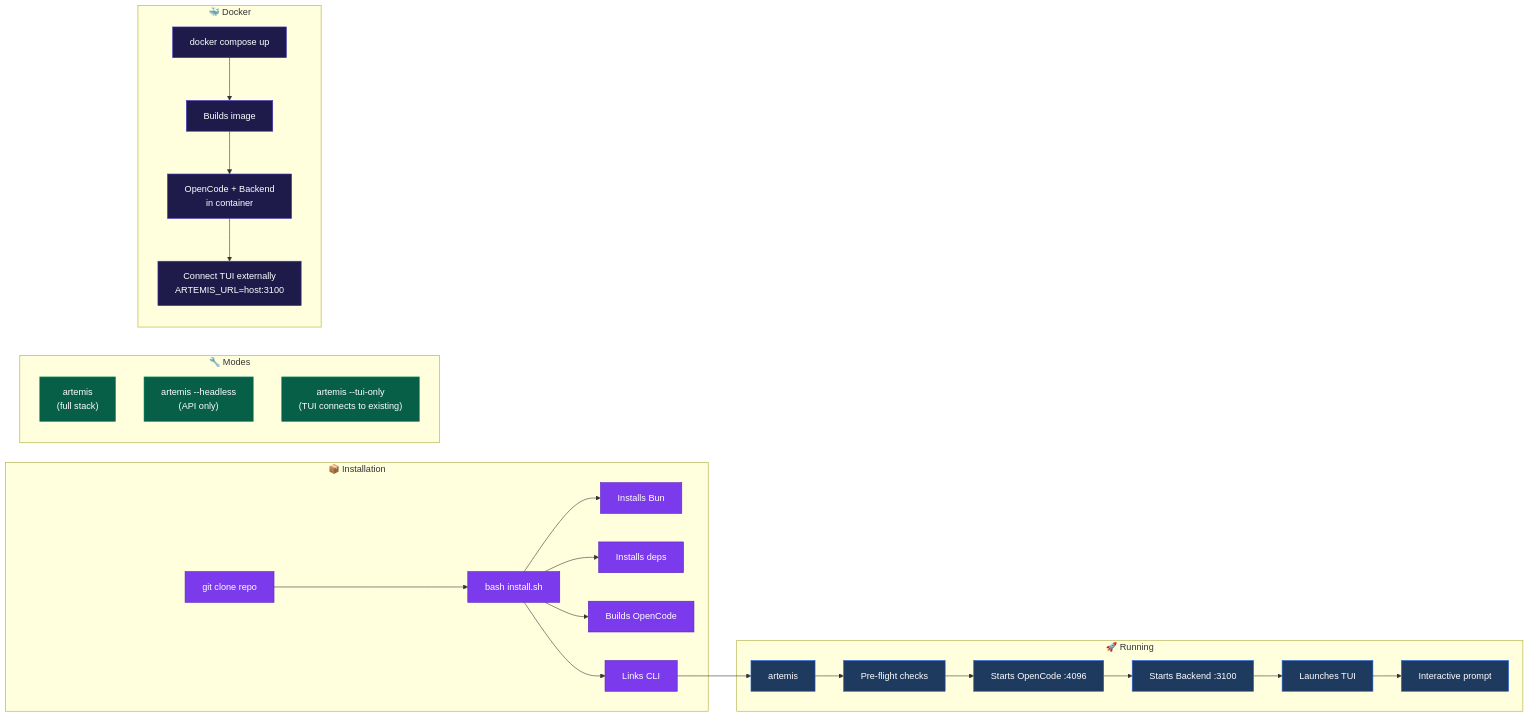
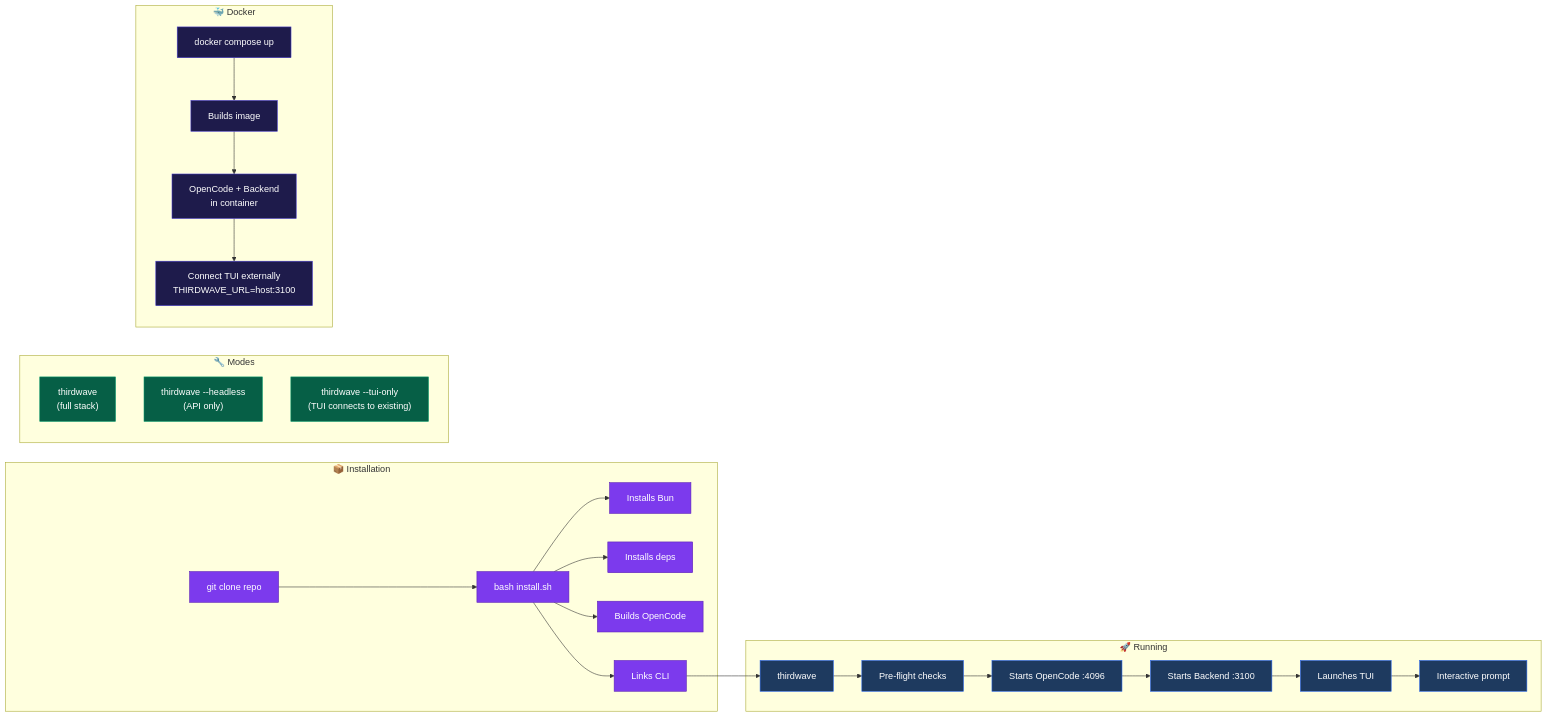
One commit to TW-10561/AI-Coding-Agent changed the diagram in platform/docs/diagrams/03-deployment-workflow.md. Above: the diagram before and after it, drawn with Mermaid. The commit also changed other lines of this file and 177 other files, not shown here.

````diff
--- a/platform/docs/diagrams/03-deployment-workflow.md
+++ b/platform/docs/diagrams/03-deployment-workflow.md
@@ -4,42 +4,42 @@
 ```mermaid
 graph LR
     subgraph Install["📦 Installation"]
         A["git clone repo"] --> B["bash install.sh"]
         B --> C["Installs Bun"]
         B --> D["Installs deps"]
         B --> E["Builds OpenCode"]
         B --> F["Links CLI"]
     end
 
     subgraph Run["🚀 Running"]
-        G["artemis"] --> H["Pre-flight checks"]
+        G["thirdwave"] --> H["Pre-flight checks"]
         H --> I["Starts OpenCode :4096"]
         I --> J["Starts Backend :3100"]
         J --> K["Launches TUI"]
         K --> L["Interactive prompt"]
     end
 
     subgraph Modes["🔧 Modes"]
-        M["artemis<br/>(full stack)"]
-        N["artemis --headless<br/>(API only)"]
-        O["artemis --tui-only<br/>(TUI connects to existing)"]
+        M["thirdwave<br/>(full stack)"]
+        N["thirdwave --headless<br/>(API only)"]
+        O["thirdwave --tui-only<br/>(TUI connects to existing)"]
     end
 
     subgraph Docker["🐳 Docker"]
         P["docker compose up"] --> Q["Builds image"]
         Q --> R["OpenCode + Backend<br/>in container"]
-        R --> S["Connect TUI externally<br/>ARTEMIS_URL=host:3100"]
+        R --> S["Connect TUI externally<br/>THIRDWAVE_URL=host:3100"]
     end
 
     F --> G
 
     classDef install fill:#7c3aed,stroke:#5b21b6,color:white
     classDef run fill:#1e3a5f,stroke:#2563eb,color:white
     classDef modes fill:#065f46,stroke:#059669,color:white
     classDef docker fill:#1e1b4b,stroke:#4338ca,color:white
 
     class A,B,C,D,E,F install
     class G,H,I,J,K,L run
     class M,N,O modes
     class P,Q,R,S docker
 ```
````
